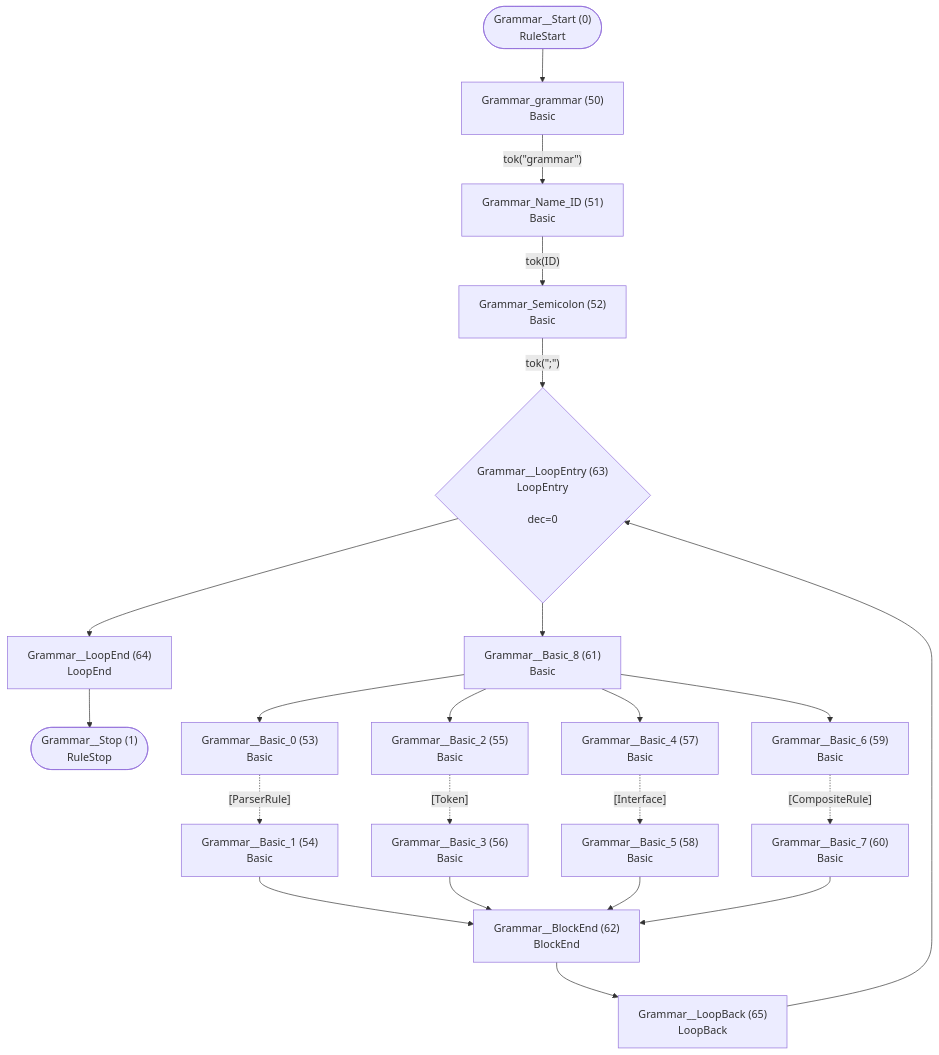
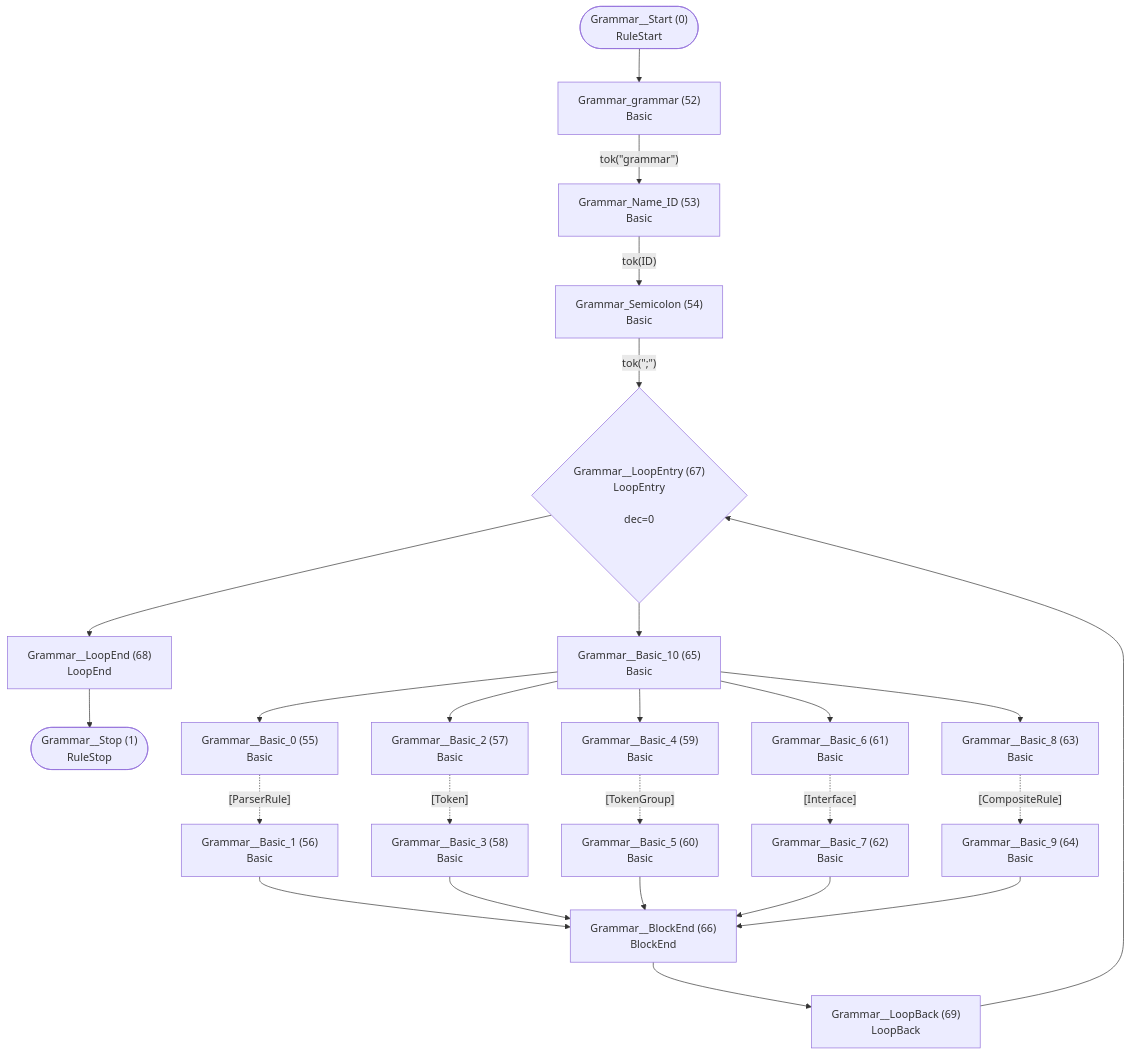
One commit to TypeFox/fastbelt changed the first of 26 diagrams in internal/grammar/atn.md. Above: the diagram before and after it, drawn with Mermaid. The commit also changed other lines of this file and 51 other files, not shown here.

````diff
--- a/internal/grammar/atn.md
+++ b/internal/grammar/atn.md
@@ -5,43 +5,48 @@
 ```mermaid
 flowchart TD
     q0(["Grammar__Start (0)<br/>RuleStart"])
     q1(["Grammar__Stop (1)<br/>RuleStop"])
-    q50["Grammar_grammar (50)<br/>Basic<br/>"]
-    q51["Grammar_Name_ID (51)<br/>Basic<br/>"]
-    q52["Grammar_Semicolon (52)<br/>Basic<br/>"]
-    q53["Grammar__Basic_0 (53)<br/>Basic<br/>"]
-    q54["Grammar__Basic_1 (54)<br/>Basic<br/>"]
-    q55["Grammar__Basic_2 (55)<br/>Basic<br/>"]
-    q56["Grammar__Basic_3 (56)<br/>Basic<br/>"]
-    q57["Grammar__Basic_4 (57)<br/>Basic<br/>"]
-    q58["Grammar__Basic_5 (58)<br/>Basic<br/>"]
-    q59["Grammar__Basic_6 (59)<br/>Basic<br/>"]
-    q60["Grammar__Basic_7 (60)<br/>Basic<br/>"]
-    q61["Grammar__Basic_8 (61)<br/>Basic<br/>"]
-    q62["Grammar__BlockEnd (62)<br/>BlockEnd<br/>"]
-    q63{"Grammar__LoopEntry (63)<br/>LoopEntry<br/><br/>dec=0"}
-    q64["Grammar__LoopEnd (64)<br/>LoopEnd<br/>"]
-    q65["Grammar__LoopBack (65)<br/>LoopBack<br/>"]
+    q52["Grammar_grammar (52)<br/>Basic<br/>"]
+    q53["Grammar_Name_ID (53)<br/>Basic<br/>"]
+    q54["Grammar_Semicolon (54)<br/>Basic<br/>"]
+    q55["Grammar__Basic_0 (55)<br/>Basic<br/>"]
+    q56["Grammar__Basic_1 (56)<br/>Basic<br/>"]
+    q57["Grammar__Basic_2 (57)<br/>Basic<br/>"]
+    q58["Grammar__Basic_3 (58)<br/>Basic<br/>"]
+    q59["Grammar__Basic_4 (59)<br/>Basic<br/>"]
+    q60["Grammar__Basic_5 (60)<br/>Basic<br/>"]
+    q61["Grammar__Basic_6 (61)<br/>Basic<br/>"]
+    q62["Grammar__Basic_7 (62)<br/>Basic<br/>"]
+    q63["Grammar__Basic_8 (63)<br/>Basic<br/>"]
+    q64["Grammar__Basic_9 (64)<br/>Basic<br/>"]
+    q65["Grammar__Basic_10 (65)<br/>Basic<br/>"]
+    q66["Grammar__BlockEnd (66)<br/>BlockEnd<br/>"]
+    q67{"Grammar__LoopEntry (67)<br/>LoopEntry<br/><br/>dec=0"}
+    q68["Grammar__LoopEnd (68)<br/>LoopEnd<br/>"]
+    q69["Grammar__LoopBack (69)<br/>LoopBack<br/>"]
 
-    q0 --> q50
-    q50 -->|"tok(&quot;grammar&quot;)"| q51
-    q51 -->|"tok(ID)"| q52
-    q52 -->|"tok(&quot;;&quot;)"| q63
-    q53 -.->|"[ParserRule]"| q54
-    q54 --> q62
-    q55 -.->|"[Token]"| q56
-    q56 --> q62
-    q57 -.->|"[Interface]"| q58
-    q58 --> q62
-    q59 -.->|"[CompositeRule]"| q60
-    q60 --> q62
-    q61 --> q53
-    q61 --> q55
-    q61 --> q57
-    q61 --> q59
-    q62 --> q65
-    q63 --> q61
-    q63 --> q64
-    q64 --> q1
+    q0 --> q52
+    q52 -->|"tok(&quot;grammar&quot;)"| q53
+    q53 -->|"tok(ID)"| q54
+    q54 -->|"tok(&quot;;&quot;)"| q67
+    q55 -.->|"[ParserRule]"| q56
+    q56 --> q66
+    q57 -.->|"[Token]"| q58
+    q58 --> q66
+    q59 -.->|"[TokenGroup]"| q60
+    q60 --> q66
+    q61 -.->|"[Interface]"| q62
+    q62 --> q66
+    q63 -.->|"[CompositeRule]"| q64
+    q64 --> q66
+    q65 --> q55
+    q65 --> q57
+    q65 --> q59
+    q65 --> q61
     q65 --> q63
+    q66 --> q69
+    q67 --> q65
+    q67 --> q68
+    q68 --> q1
+    q69 --> q67
 ```
````
